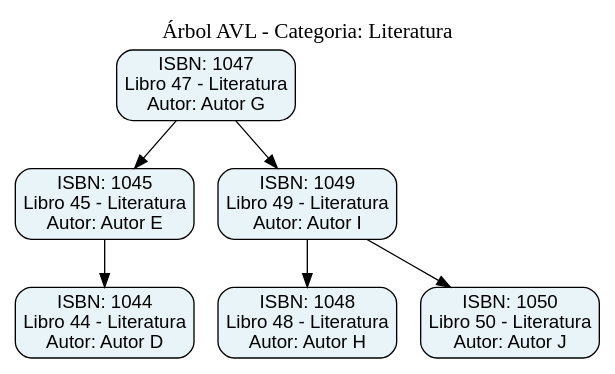
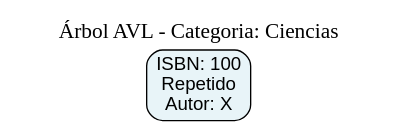
Before and after one commit to 4064998100101-cell/IPC2_Proy02_202602_202504191: the diagram in Proyecto2/wwwroot/avl_temp.dot, drawn with Graphviz. The commit also changed 4 other files, not shown here.

```diff
--- a/Proyecto2/wwwroot/avl_temp.dot
+++ b/Proyecto2/wwwroot/avl_temp.dot
@@ -1,18 +1,8 @@
 digraph AVL {
    node [shape=box, style="rounded,filled", fillcolor="#e8f4f8", fontname="Arial"];
    edge [fontname="Arial"];
-   label="Árbol AVL - Categoria: Literatura\n";
+   label="Árbol AVL - Categoria: Ciencias\n";
    labelloc="top";
    fontsize=16;
-   isbn_1047 [label="ISBN: 1047\nLibro 47 - Literatura\nAutor: Autor G"];
-   isbn_1047 -> isbn_1045;
-   isbn_1045 [label="ISBN: 1045\nLibro 45 - Literatura\nAutor: Autor E"];
-   isbn_1045 -> isbn_1044;
-   isbn_1044 [label="ISBN: 1044\nLibro 44 - Literatura\nAutor: Autor D"];
-   isbn_1047 -> isbn_1049;
-   isbn_1049 [label="ISBN: 1049\nLibro 49 - Literatura\nAutor: Autor I"];
-   isbn_1049 -> isbn_1048;
-   isbn_1048 [label="ISBN: 1048\nLibro 48 - Literatura\nAutor: Autor H"];
-   isbn_1049 -> isbn_1050;
-   isbn_1050 [label="ISBN: 1050\nLibro 50 - Literatura\nAutor: Autor J"];
+   isbn_100 [label="ISBN: 100\nRepetido\nAutor: X"];
 }
```
